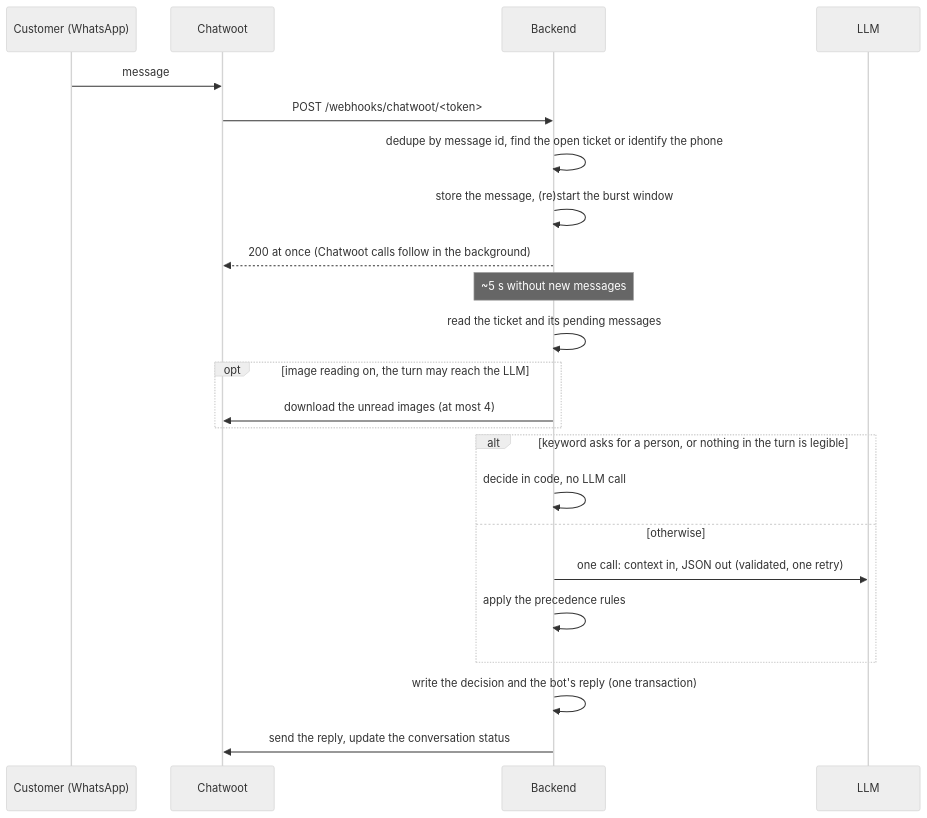
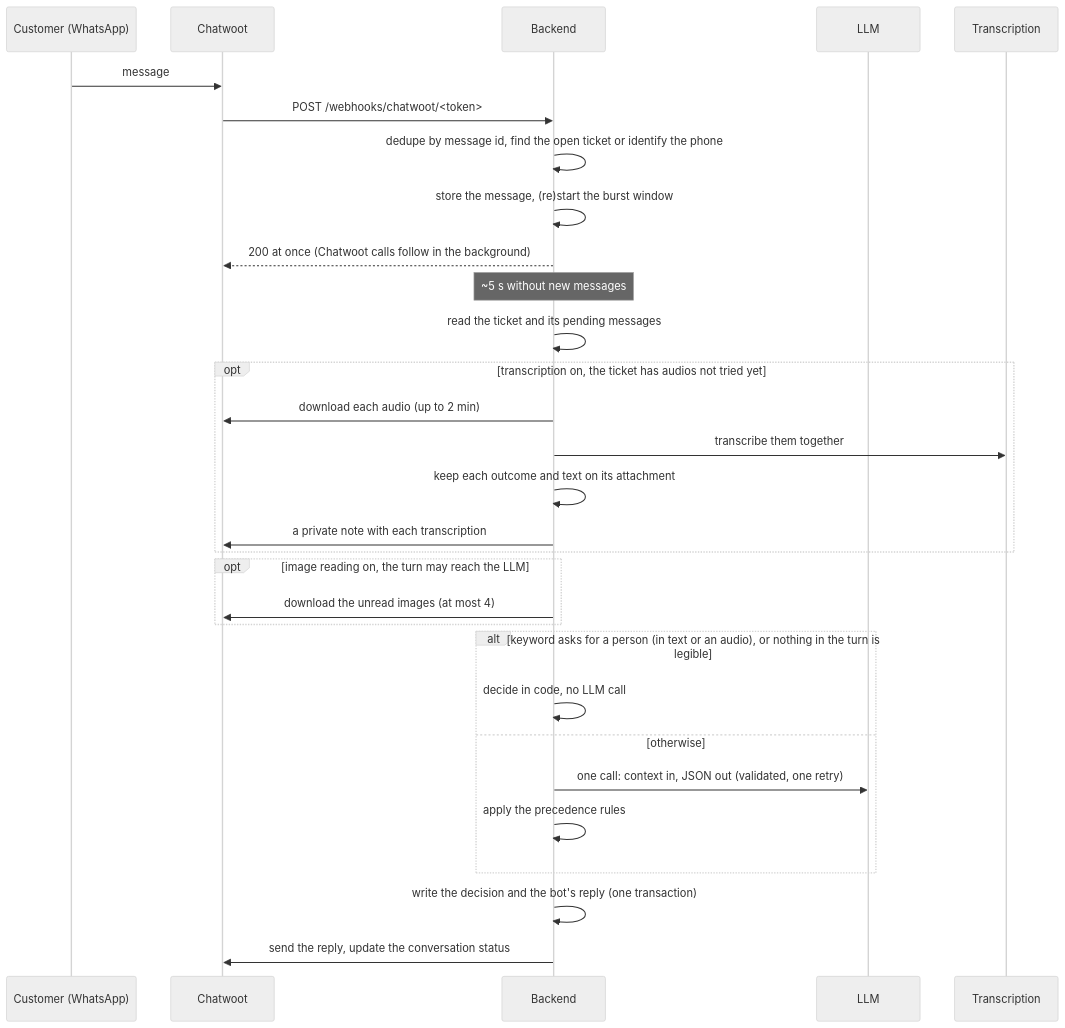
The second of 2 diagrams in docs/architecture.md (cauedev30/chatbot-atendimento-geniai), drawn with Mermaid (neutral theme) before and after one commit. The commit also changed other lines of this file and 2 other files, not shown here.

Commit message:
docs: describe the audio transcribed at the start of the turn, its limits, logs and private note

````diff
--- a/docs/architecture.md
+++ b/docs/architecture.md
@@ -61,25 +65,32 @@
 ```mermaid
 sequenceDiagram
     participant C as Customer (WhatsApp)
     participant CW as Chatwoot
     participant B as Backend
     participant L as LLM
+    participant T as Transcription
     C->>CW: message
     CW->>B: POST /webhooks/chatwoot/<token>
     B->>B: dedupe by message id, find the open ticket or identify the phone
     B->>B: store the message, (re)start the burst window
     B-->>CW: 200 at once (Chatwoot calls follow in the background)
     Note over B: ~5 s without new messages
     B->>B: read the ticket and its pending messages
+    opt transcription on, the ticket has audios not tried yet
+        B->>CW: download each audio (up to 2 min)
+        B->>T: transcribe them together
+        B->>B: keep each outcome and text on its attachment
+        B->>CW: a private note with each transcription
+    end
     opt image reading on, the turn may reach the LLM
         B->>CW: download the unread images (at most 4)
     end
-    alt keyword asks for a person, or nothing in the turn is legible
+    alt keyword asks for a person (in text or an audio), or nothing in the turn is legible
         B->>B: decide in code, no LLM call
     else otherwise
         B->>L: one call: context in, JSON out (validated, one retry)
         B->>B: apply the precedence rules
     end
     B->>B: write the decision and the bot's reply (one transaction)
     B->>CW: send the reply, update the conversation status
 ```
````
